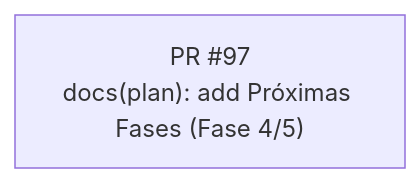
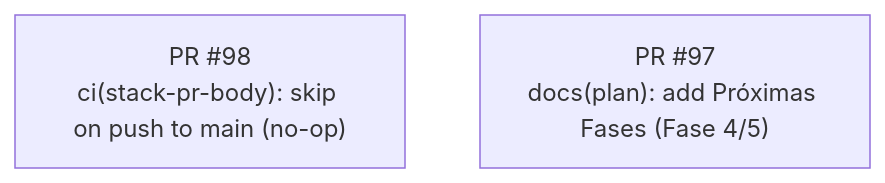
The diagram in docs/stack-plan/STACK-PR-PLAN.md (revton/car-fuel), drawn with Mermaid before and after one commit. The commit also changed 2 other files, not shown here.

Commit message:
ci(stack-graph): evitar push na main no passo de commit (#99)
* ci(stack-pr-body): skip gracefully on push to main (no-op outside pull_request)

* ci(stack-graph): evitar push na main no passo de commit

* docs(stack): update Mermaid stack graph

---------

````diff
--- a/docs/stack-plan/STACK-PR-PLAN.md
+++ b/docs/stack-plan/STACK-PR-PLAN.md
@@ -6,5 +6,7 @@
 ```mermaid
 flowchart TD
+  pr98["PR #98
+ci(stack-pr-body): skip on push to main (no-op)"]
   pr97["PR #97
 docs(plan): add Próximas Fases (Fase 4/5)"]
 ```
````
